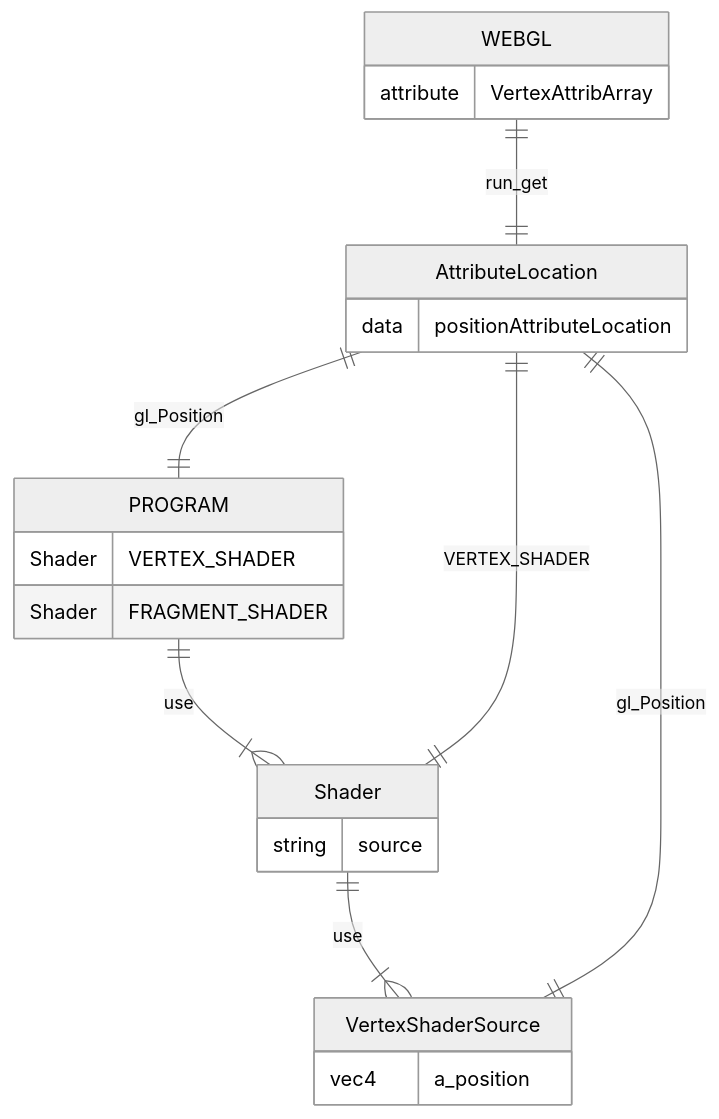
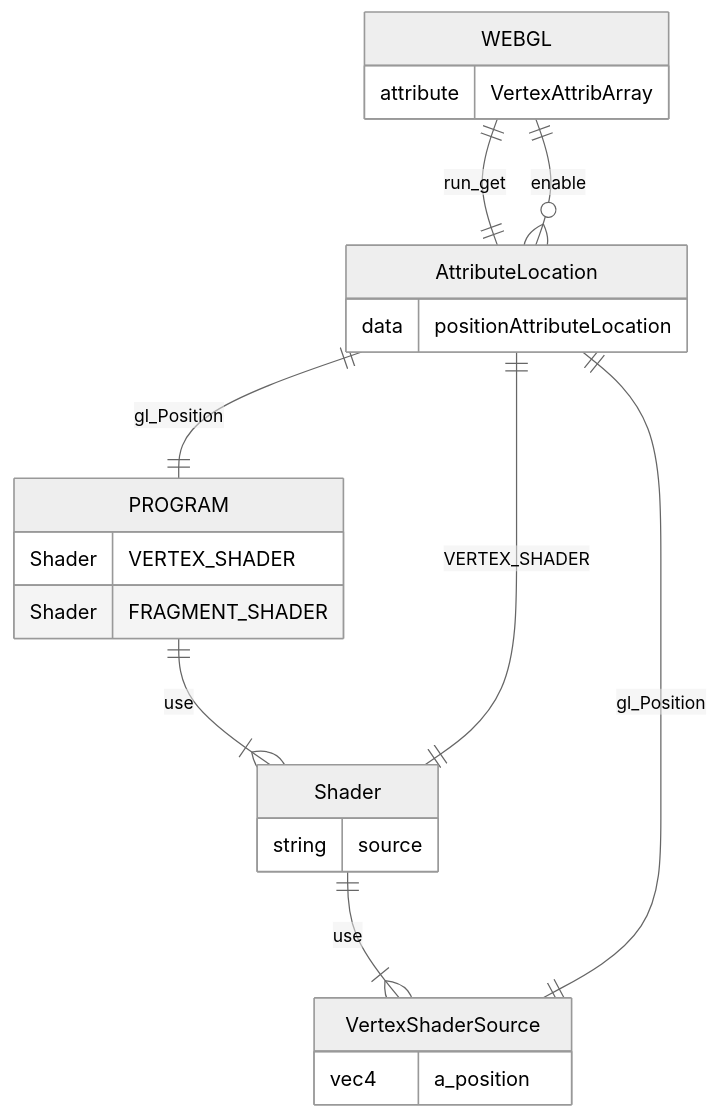
The second of 6 diagrams in books/WebGL2 Fundamentals/Fundamentals.md (softtiny/integrate-), drawn with Mermaid (neutral theme) before and after one commit. The commit also changed other lines of this file, not shown here.

````diff
--- a/books/WebGL2 Fundamentals/Fundamentals.md
+++ b/books/WebGL2 Fundamentals/Fundamentals.md
@@ -34,26 +34,27 @@
 ``` mermaid
 erDiagram
     
     PROGRAM {
         Shader VERTEX_SHADER
         Shader FRAGMENT_SHADER
     }
     Shader {
       string source
     }
     VertexShaderSource {
       vec4 a_position
     }
     PROGRAM ||--|{ Shader : use
     AttributeLocation {
       data positionAttributeLocation
     }
     WEBGL {
       attribute VertexAttribArray
     }
     AttributeLocation ||--|| PROGRAM : gl_Position
     WEBGL ||--|| AttributeLocation : run_get
+    WEBGL ||--o{ AttributeLocation : enable
     AttributeLocation ||--|| Shader : VERTEX_SHADER
     Shader ||--|{ VertexShaderSource : use
     AttributeLocation ||--|| VertexShaderSource : gl_Position
 ```
````
